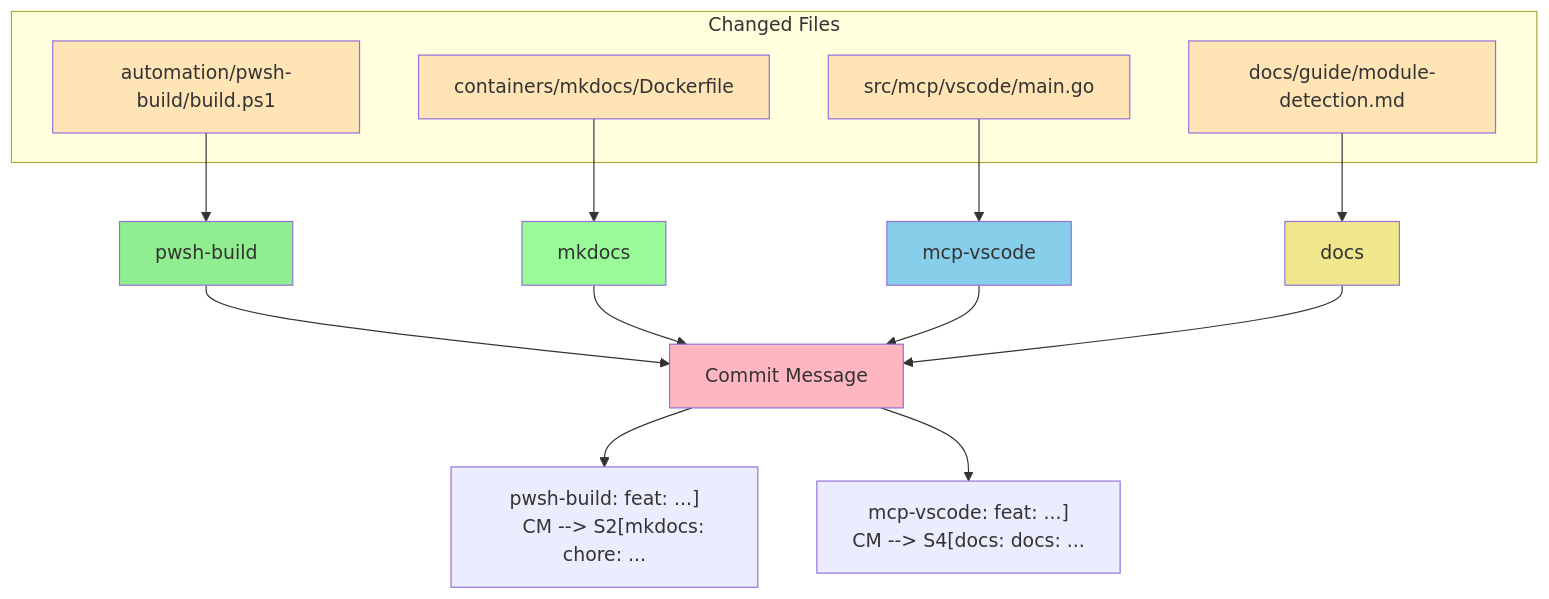
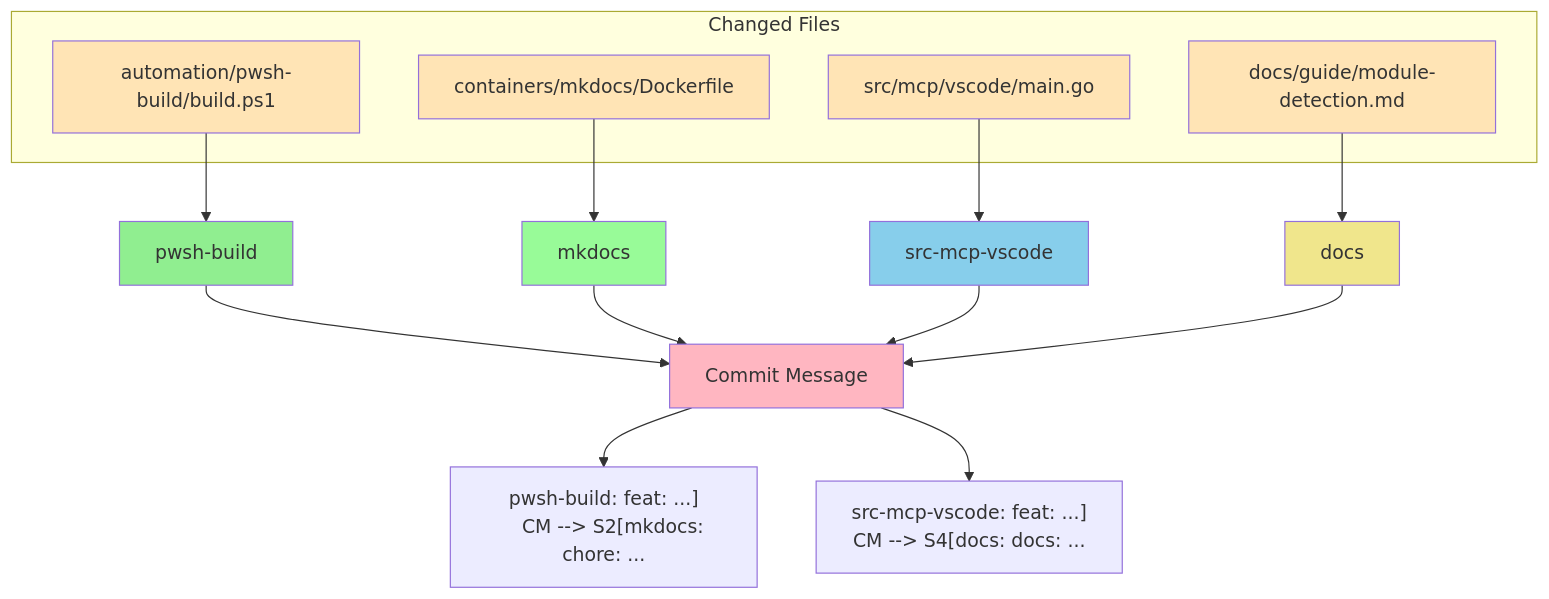
Before and after one commit to ready-to-release/eac: the tenth of 13 diagrams in docs/guide/module-detection.md, drawn with Mermaid. The commit also changed other lines of this file and 28 other files, not shown here.

````diff
--- a/docs/guide/module-detection.md
+++ b/docs/guide/module-detection.md
@@ -309,34 +309,34 @@
 ```mermaid
 graph TB
     subgraph "Changed Files"
         F1["automation/pwsh-build/build.ps1"]
         F2["containers/mkdocs/Dockerfile"]
         F3["src/mcp/vscode/main.go"]
         F4["docs/guide/module-detection.md"]
     end
 
     F1 --> M1["pwsh-build"]
     F2 --> M2["mkdocs"]
-    F3 --> M3["mcp-vscode"]
+    F3 --> M3["src-mcp-vscode"]
     F4 --> M4["docs"]
 
     M1 --> CM["Commit Message"]
     M2 --> CM
     M3 --> CM
     M4 --> CM
 
     CM --> S1["pwsh-build: feat: ...]
     CM --> S2["mkdocs: chore: ...]
-    CM --> S3["mcp-vscode: feat: ...]
+    CM --> S3["src-mcp-vscode: feat: ...]
     CM --> S4["docs: docs: ...]
 
     style F1 fill:#FFE4B5
     style F2 fill:#FFE4B5
     style F3 fill:#FFE4B5
     style F4 fill:#FFE4B5
     style M1 fill:#90EE90
     style M2 fill:#98FB98
     style M3 fill:#87CEEB
     style M4 fill:#F0E68C
     style CM fill:#FFB6C1
 ```
````
